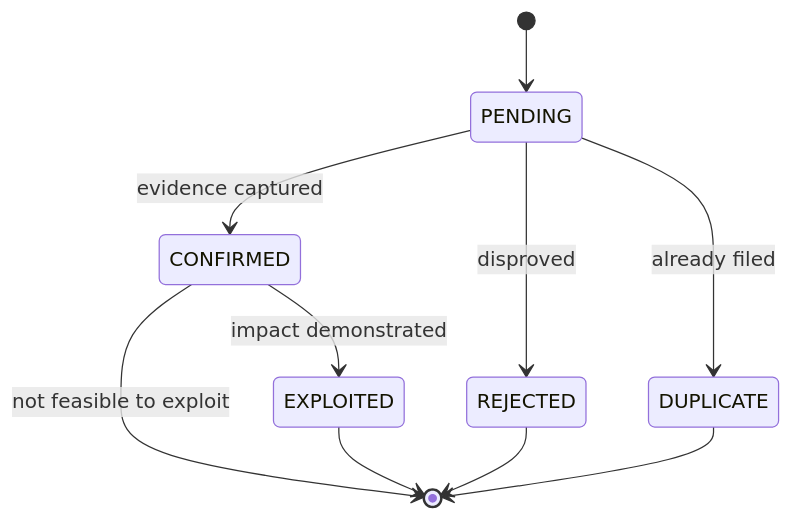
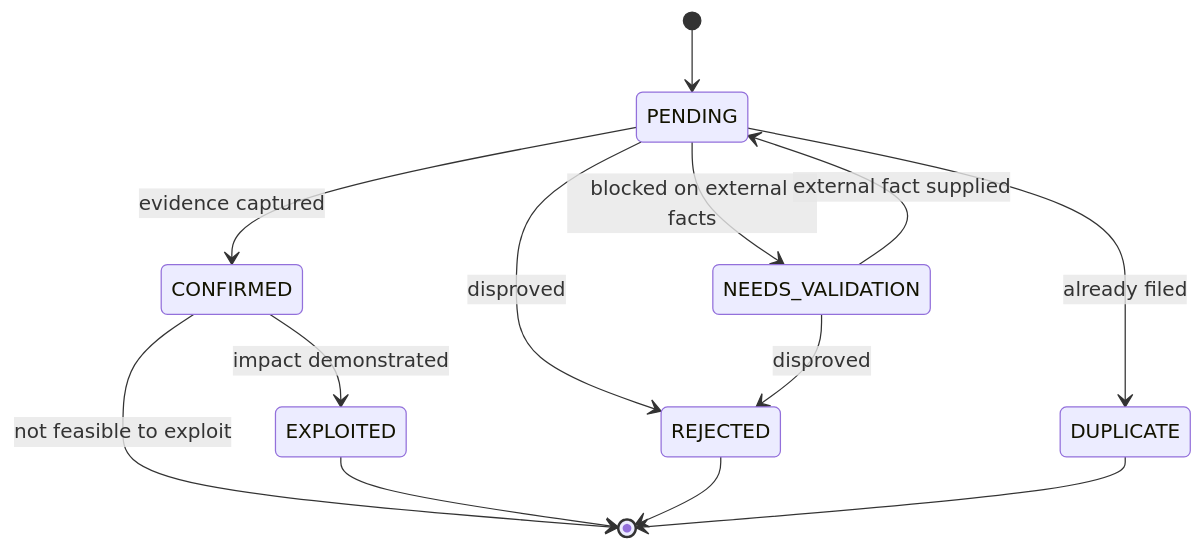
Before and after one commit to pruiz/CodeCome: the diagram in README.md, drawn with Mermaid. The commit also changed other lines of this file and 46 other files, not shown here.

First line of the commit message:
feat: add NEEDS_VALIDATION, fingerprints, and domain companion skills

````diff
--- a/README.md
+++ b/README.md
@@ -149,12 +149,15 @@
 ```mermaid
 stateDiagram-v2
     [*] --> PENDING
     PENDING --> CONFIRMED : evidence captured
     PENDING --> REJECTED : disproved
     PENDING --> DUPLICATE : already filed
+    PENDING --> NEEDS_VALIDATION : blocked on external facts
+    NEEDS_VALIDATION --> PENDING : external fact supplied
+    NEEDS_VALIDATION --> REJECTED : disproved
     CONFIRMED --> EXPLOITED : impact demonstrated
     CONFIRMED --> [*] : not feasible to exploit
     EXPLOITED --> [*]
     REJECTED --> [*]
     DUPLICATE --> [*]
 ```
````
